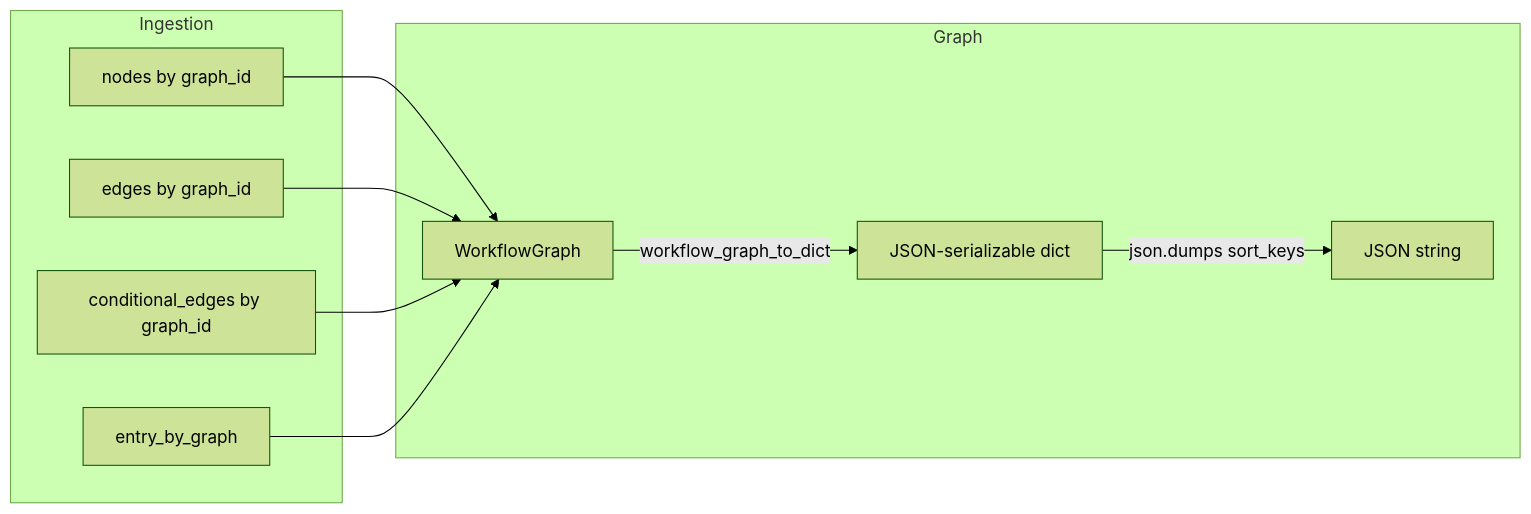
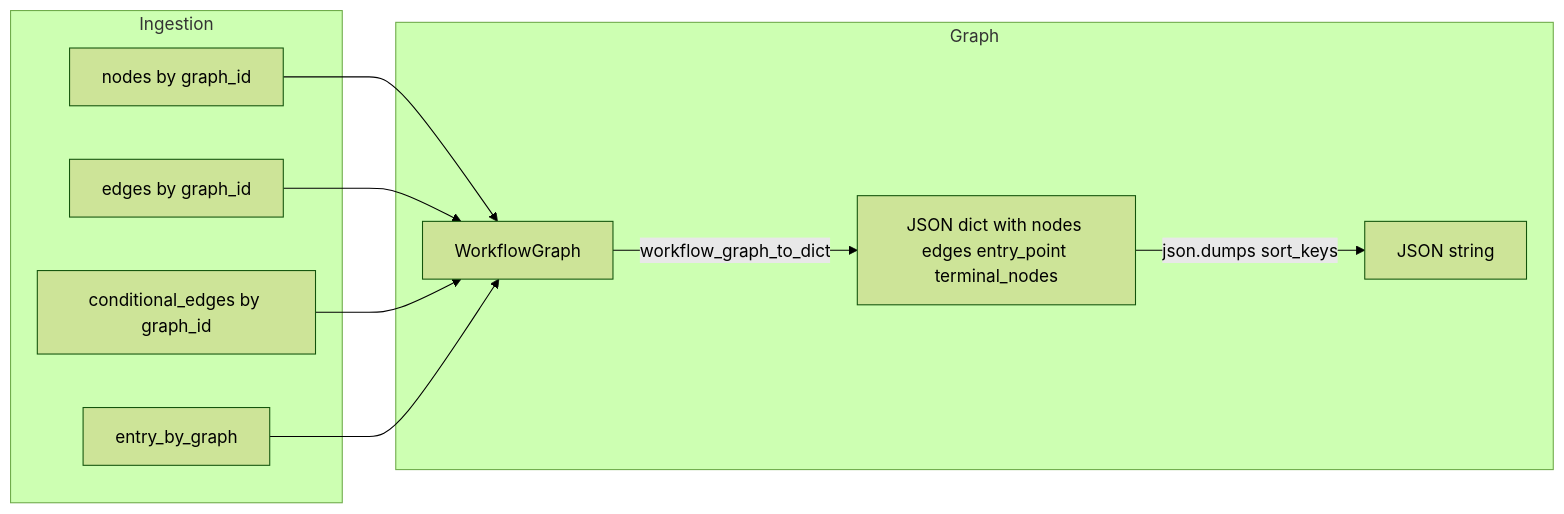
One commit to xZiro-Lab/Noctyl changed the second of 9 diagrams in docs/flow-diagrams.md. Above: the diagram before and after it, drawn with Mermaid (forest theme). The commit also changed other lines of this file and 4 other files, not shown here.

````diff
--- a/docs/flow-diagrams.md
+++ b/docs/flow-diagrams.md
@@ -62,18 +63,18 @@
 ```mermaid
 flowchart LR
   subgraph ingestion [Ingestion]
     Nodes[nodes by graph_id]
     Edges[edges by graph_id]
     CondEdges[conditional_edges by graph_id]
     Entry[entry_by_graph]
   end
   subgraph graph [Graph]
     WG[WorkflowGraph]
-    WG -->|workflow_graph_to_dict| Dict[JSON-serializable dict]
+    WG -->|workflow_graph_to_dict| Dict[JSON dict with nodes edges entry_point terminal_nodes]
     Dict -->|json.dumps sort_keys| JSON[JSON string]
   end
   Nodes --> WG
   Edges --> WG
   CondEdges --> WG
   Entry --> WG
 ```
````
